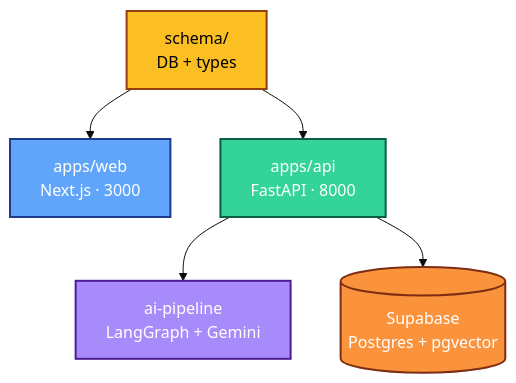
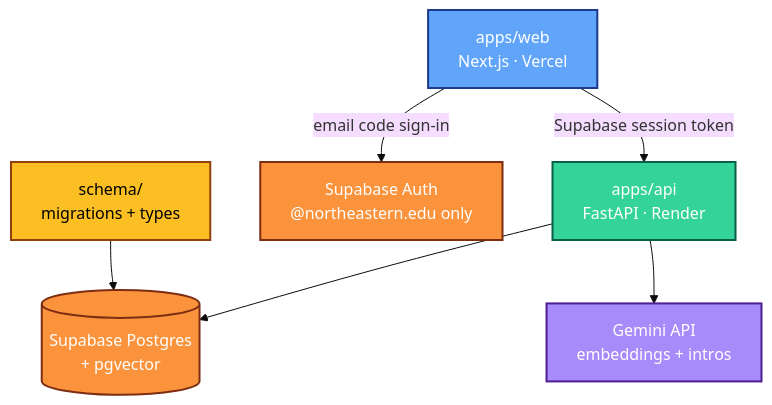
The second of 2 diagrams in README.md (hellydiyora/huskies-reconnect), drawn with Mermaid (base theme) before and after one commit. The commit also changed other lines of this file and 1 other file, not shown here.

````diff
--- a/README.md
+++ b/README.md
@@ -57,14 +55,15 @@
 ```mermaid
 %%{init: {'flowchart': {'useMaxWidth': false}}}%%
 flowchart TD
-    schema["schema/<br/>DB + types"]:::schema --> web["apps/web<br/>Next.js · 3000"]:::web
-    schema --> api["apps/api<br/>FastAPI · 8000"]:::api
-    api --> ai["ai-pipeline<br/>LangGraph + Gemini"]:::ai
-    api --> db[("Supabase<br/>Postgres + pgvector")]:::db
+    web["apps/web<br/>Next.js · Vercel"]:::web -->|Supabase session token| api["apps/api<br/>FastAPI · Render"]:::api
+    web -->|email code sign-in| auth["Supabase Auth<br/>@northeastern.edu only"]:::db
+    api --> db[("Supabase Postgres<br/>+ pgvector")]:::db
+    api --> gemini["Gemini API<br/>embeddings + intros"]:::ai
+    schema["schema/<br/>migrations + types"]:::schema --> db
 
     classDef schema fill:#fbbf24,stroke:#92400e,stroke-width:2px,color:#000
     classDef web fill:#60a5fa,stroke:#1e3a8a,stroke-width:2px,color:#fff
     classDef api fill:#34d399,stroke:#065f46,stroke-width:2px,color:#fff
     classDef ai fill:#a78bfa,stroke:#4c1d95,stroke-width:2px,color:#fff
     classDef db fill:#fb923c,stroke:#7c2d12,stroke-width:2px,color:#fff
 ```
````
